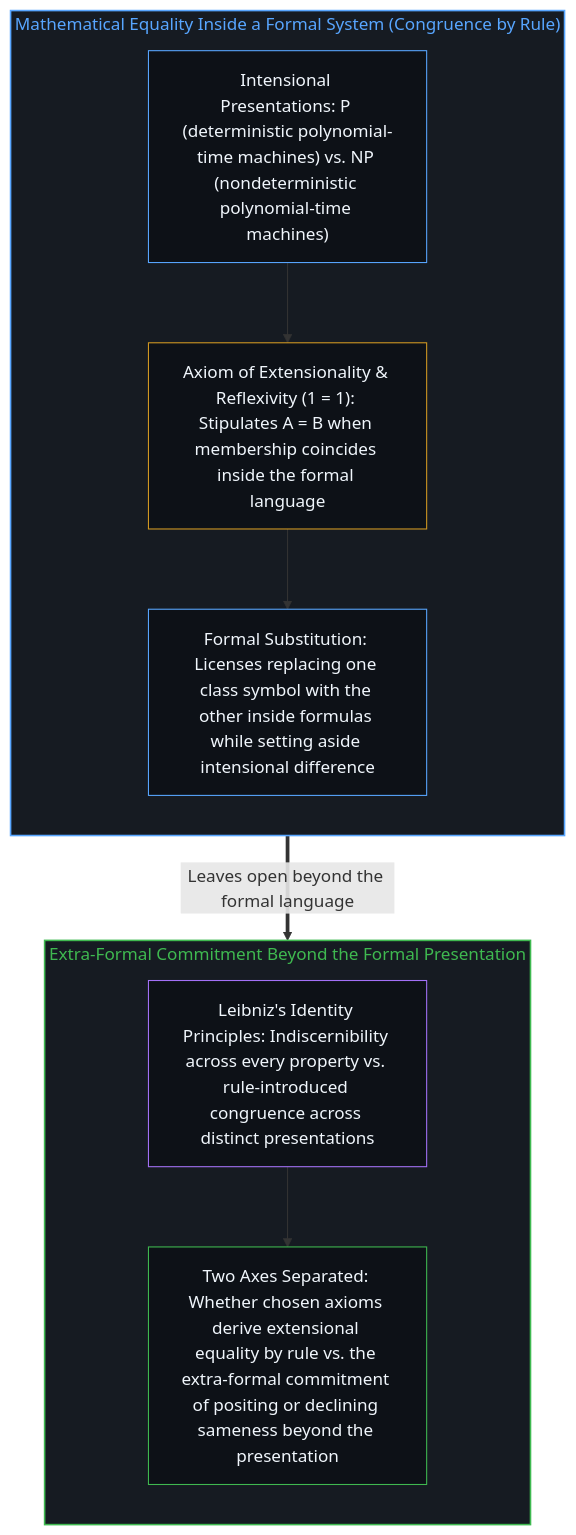
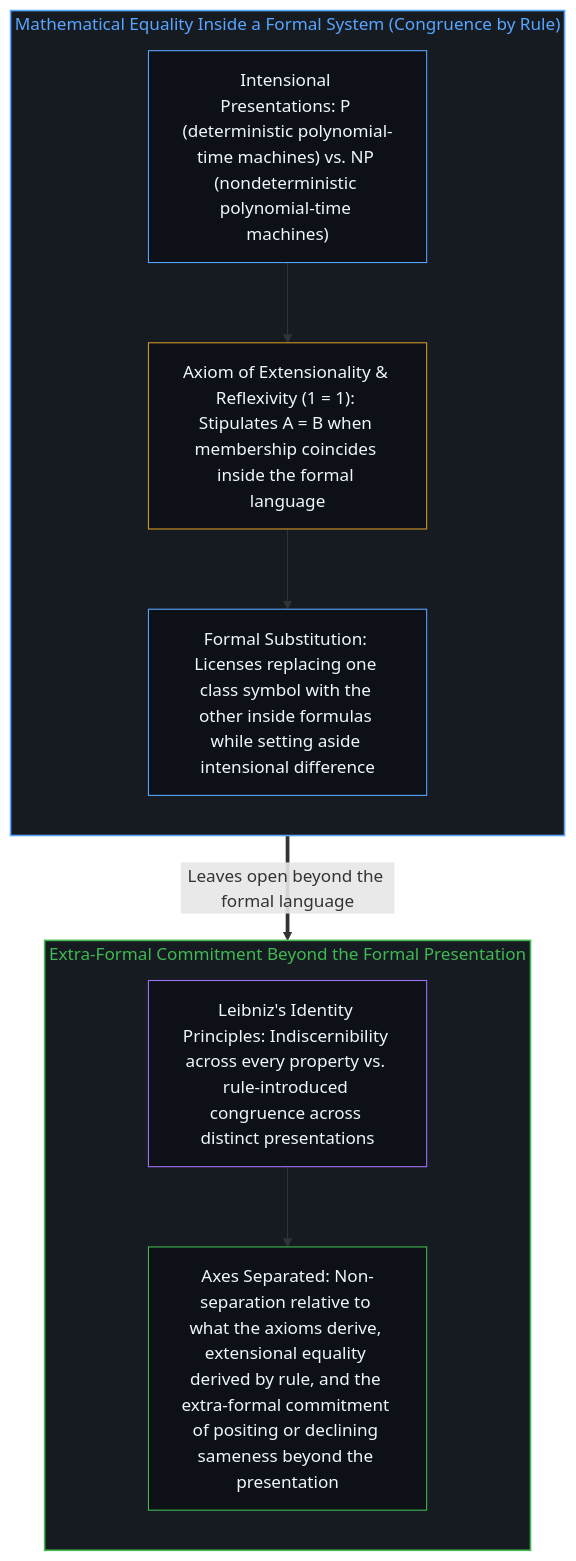
The second of 4 diagrams in content/posts/on-the-boundaries-of-what-can-be-said-about-p-and-np.md (powerpig99/not-a-toe), drawn with Mermaid before and after one commit. The commit also changed other lines of this file and 5 other files, not shown here.

````diff
--- a/content/posts/on-the-boundaries-of-what-can-be-said-about-p-and-np.md
+++ b/content/posts/on-the-boundaries-of-what-can-be-said-about-p-and-np.md
@@ -44,24 +44,24 @@
 ```mermaid
 flowchart TD
     subgraph S_Rule["Mathematical Equality Inside a Formal System (Congruence by Rule)"]
         direction TB
         Int["Intensional Presentations: P (deterministic polynomial-time machines) vs. NP (nondeterministic polynomial-time machines)"]
         Ext["Axiom of Extensionality & Reflexivity (1 = 1): Stipulates A = B when membership coincides inside the formal language"]
         Sub["Formal Substitution: Licenses replacing one class symbol with the other inside formulas while setting aside intensional difference"]
         Int --> Ext --> Sub
     end
     subgraph S_Onto["Extra-Formal Commitment Beyond the Formal Presentation"]
         direction TB
         Leib["Leibniz's Identity Principles: Indiscernibility across every property vs. rule-introduced congruence across distinct presentations"]
-        Split["Two Axes Separated: Whether chosen axioms derive extensional equality by rule vs. the extra-formal commitment of positing or declining sameness beyond the presentation"]
+        Split["Axes Separated: Non-separation relative to what the axioms derive, extensional equality derived by rule, and the extra-formal commitment of positing or declining sameness beyond the presentation"]
         Leib --> Split
     end
     Sub ==>|"Leaves open beyond the formal language"| Split
     style S_Rule fill:#161b22,stroke:#58a6ff,stroke-width:1.5px,color:#58a6ff
     style S_Onto fill:#161b22,stroke:#3fb950,stroke-width:1.5px,color:#3fb950
     style Int fill:#0d1117,stroke:#58a6ff,stroke-width:1px,color:#f0f6fc
     style Ext fill:#0d1117,stroke:#d29922,stroke-width:1px,color:#f0f6fc
     style Sub fill:#0d1117,stroke:#58a6ff,stroke-width:1px,color:#f0f6fc
     style Leib fill:#0d1117,stroke:#a371f7,stroke-width:1px,color:#f0f6fc
     style Split fill:#0d1117,stroke:#3fb950,stroke-width:1px,color:#f0f6fc
 ```
````
